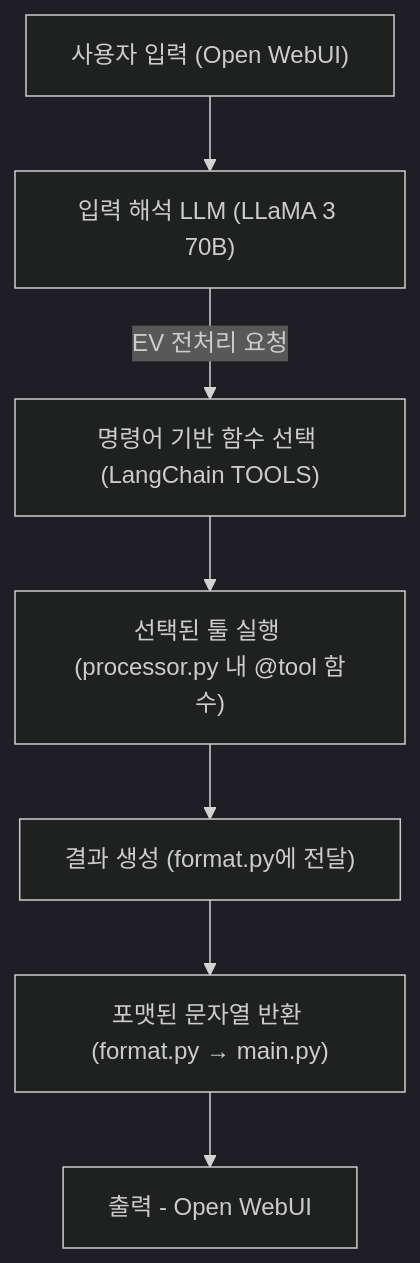
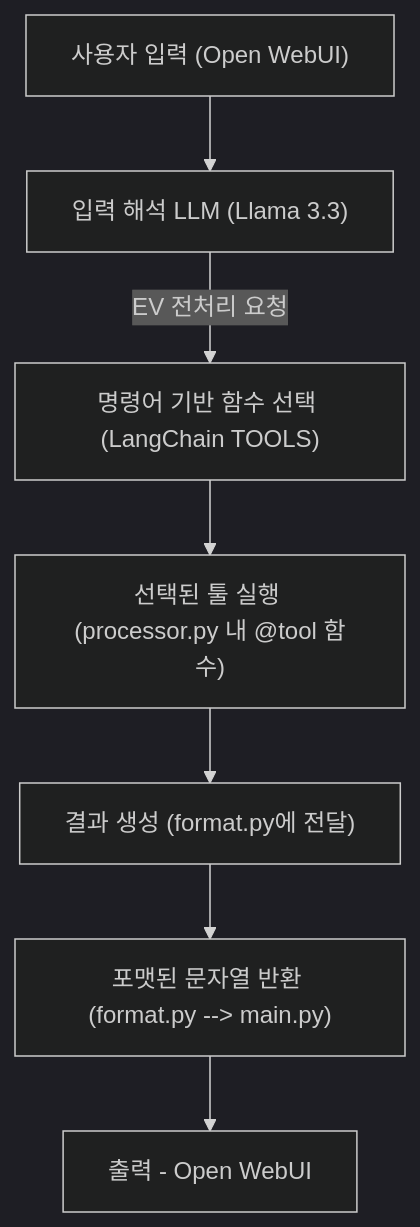
Before and after one commit to WO2IN/posAppSystem: the diagram in readme.md, drawn with Mermaid (dark theme). The commit also changed other lines of this file, not shown here.

````diff
--- a/readme.md
+++ b/readme.md
@@ -3,10 +5,18 @@
 ```mermaid
 graph TD
 
-A1["사용자 입력 (Open WebUI)"] --> A2["입력 해석 LLM (LLaMA 3 70B)"]
+A1["사용자 입력 (Open WebUI)"] --> A2["입력 해석 LLM (Llama 3.3)"]
+
+%% 🚧 [확장 예정] 일반 챗 요청일 경우
+%% A2 -->|일반 챗 요청| B1["일반 챗 LLM (예: GPT 호출)"]
+%% B1 --> B2["자연어 응답 생성"]
+%% B2 --> B3["출력 - Open WebUI (StreamingResponse)"]
+
 A2 -->|EV 전처리 요청| C1["명령어 기반 함수 선택 (LangChain TOOLS)"]
 C1 --> C2["선택된 툴 실행 (processor.py 내 @tool 함수)"]
 C2 --> C3["결과 생성 (format.py에 전달)"]
-C3 --> C4["포맷된 문자열 반환 (format.py → main.py)"]
+C3 --> C4["포맷된 문자열 반환 (format.py --> main.py)"]
 C4 --> C5["출력 - Open WebUI"]
+
+
 ```
````
